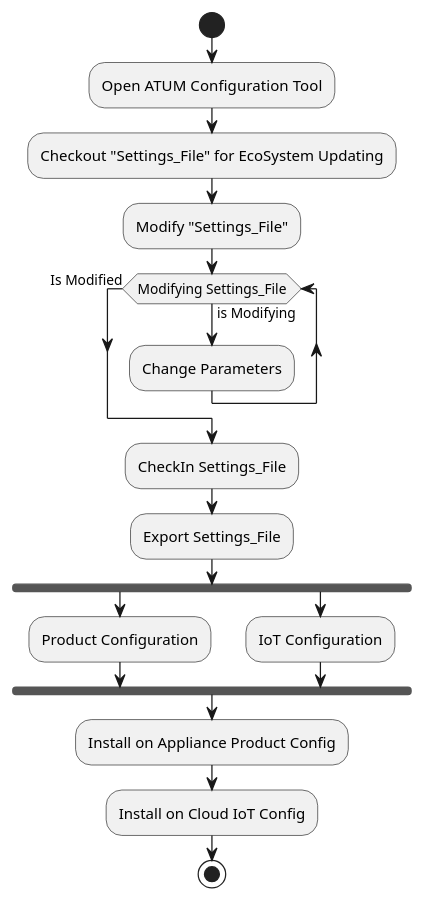
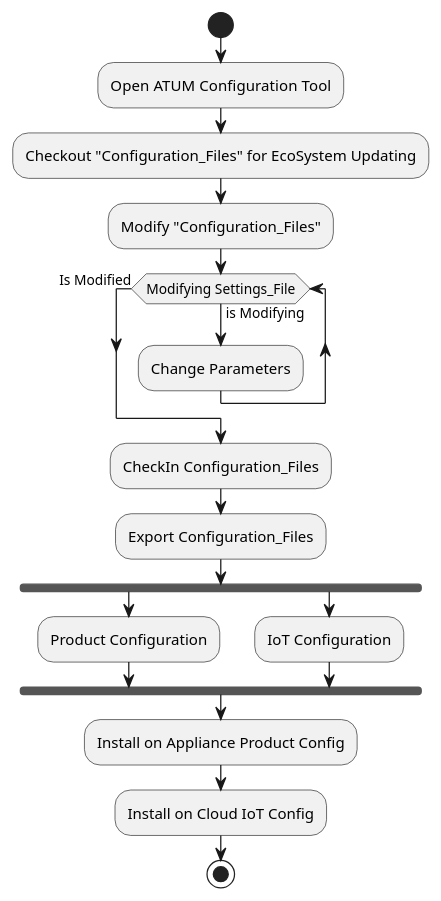
The diagram in Configurations and Capabilities/Images/Config_activity_diagram.wsd (wjelston/wallaceelston.github.io), drawn with PlantUML before and after one commit. The commit also changed 1 other file, not shown here.

Commit message:
Updated Activity Diagram

```diff
--- a/Configurations and Capabilities/Images/Config_activity_diagram.wsd
+++ b/Configurations and Capabilities/Images/Config_activity_diagram.wsd
@@ -3,23 +3,23 @@
 @startuml Config
 
     scale 1
 
     start
         :Open ATUM Configuration Tool;
-        :Checkout "Settings_File" for EcoSystem Updating;
-        :Modify "Settings_File";
+        :Checkout "Configuration_Files" for EcoSystem Updating;
+        :Modify "Configuration_Files";
         while (Modifying Settings_File) is (is Modifying)
         :Change Parameters;
         endwhile (Is Modified)
-        :CheckIn Settings_File;
-        :Export Settings_File;
+        :CheckIn Configuration_Files;
+        :Export Configuration_Files;
         fork
         :Product Configuration;
         fork again
         :IoT Configuration;
         end fork
         :Install on Appliance Product Config;
         :Install on Cloud IoT Config;
     stop
 
 @enduml
```
